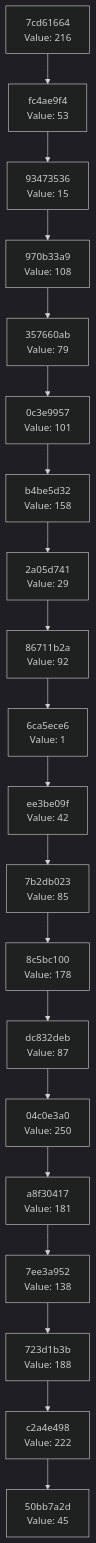
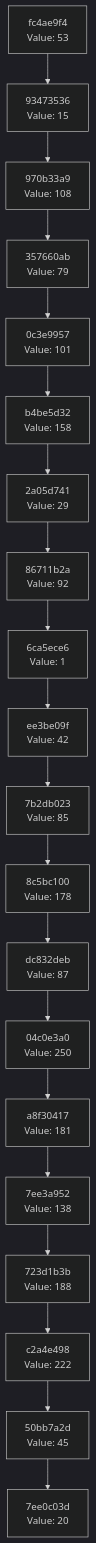
One commit to Abhisheksinha1506/hash-chain-evolver changed the diagram in docs/CHAIN_VISUALIZATION.md. Above: the diagram before and after it, drawn with Mermaid (dark theme). The commit also changed 3 other files, not shown here.

````diff
--- a/docs/CHAIN_VISUALIZATION.md
+++ b/docs/CHAIN_VISUALIZATION.md
@@ -3,42 +3,42 @@
 ```mermaid
 graph TD
-    C0["50bb7a2d<br/>Value: 45"]
-    C1["c2a4e498<br/>Value: 222"]
+    C0["7ee0c03d<br/>Value: 20"]
+    C1["50bb7a2d<br/>Value: 45"]
     C1 --> C0
-    C2["723d1b3b<br/>Value: 188"]
+    C2["c2a4e498<br/>Value: 222"]
     C2 --> C1
-    C3["7ee3a952<br/>Value: 138"]
+    C3["723d1b3b<br/>Value: 188"]
     C3 --> C2
-    C4["a8f30417<br/>Value: 181"]
+    C4["7ee3a952<br/>Value: 138"]
     C4 --> C3
-    C5["04c0e3a0<br/>Value: 250"]
+    C5["a8f30417<br/>Value: 181"]
     C5 --> C4
-    C6["dc832deb<br/>Value: 87"]
+    C6["04c0e3a0<br/>Value: 250"]
     C6 --> C5
-    C7["8c5bc100<br/>Value: 178"]
+    C7["dc832deb<br/>Value: 87"]
     C7 --> C6
-    C8["7b2db023<br/>Value: 85"]
+    C8["8c5bc100<br/>Value: 178"]
     C8 --> C7
-    C9["ee3be09f<br/>Value: 42"]
+    C9["7b2db023<br/>Value: 85"]
     C9 --> C8
-    C10["6ca5ece6<br/>Value: 1"]
+    C10["ee3be09f<br/>Value: 42"]
     C10 --> C9
-    C11["86711b2a<br/>Value: 92"]
+    C11["6ca5ece6<br/>Value: 1"]
     C11 --> C10
-    C12["2a05d741<br/>Value: 29"]
+    C12["86711b2a<br/>Value: 92"]
     C12 --> C11
-    C13["b4be5d32<br/>Value: 158"]
+    C13["2a05d741<br/>Value: 29"]
     C13 --> C12
-    C14["0c3e9957<br/>Value: 101"]
+    C14["b4be5d32<br/>Value: 158"]
     C14 --> C13
-    C15["357660ab<br/>Value: 79"]
+    C15["0c3e9957<br/>Value: 101"]
     C15 --> C14
-    C16["970b33a9<br/>Value: 108"]
+    C16["357660ab<br/>Value: 79"]
     C16 --> C15
-    C17["93473536<br/>Value: 15"]
+    C17["970b33a9<br/>Value: 108"]
     C17 --> C16
-    C18["fc4ae9f4<br/>Value: 53"]
+    C18["93473536<br/>Value: 15"]
     C18 --> C17
-    C19["7cd61664<br/>Value: 216"]
+    C19["fc4ae9f4<br/>Value: 53"]
     C19 --> C18
 ```
````
